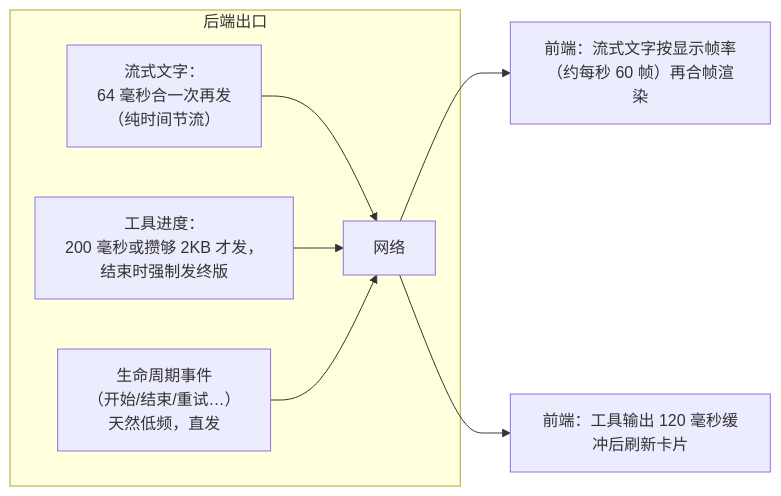
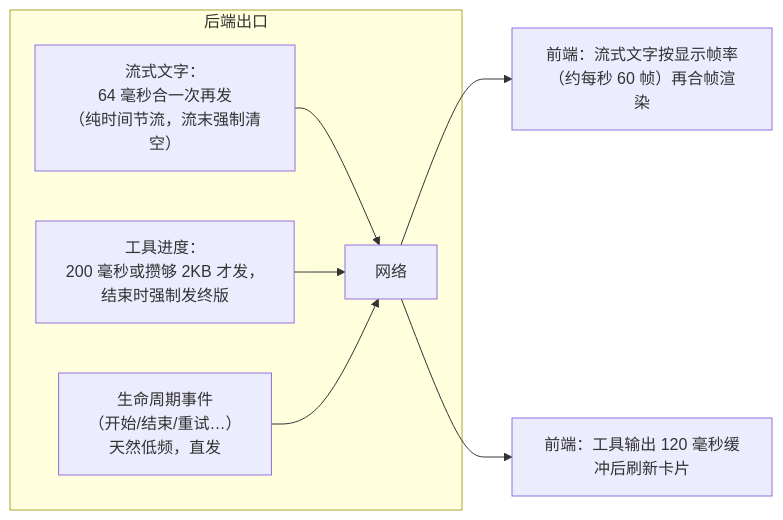
One commit to Bronya0/ally-agent changed diagram 16 of 16 in docs/agent-architecture.md. Above: the diagram before and after it, drawn with Mermaid. The commit also changed other lines of this file, not shown here.

First line of the commit message:
docs: deepen architecture guide with missing chapters and technical detail

````diff
--- a/docs/agent-architecture.md
+++ b/docs/agent-architecture.md
@@ -455,10 +674,10 @@
 ```mermaid
 flowchart LR
     subgraph BACKEND["后端出口"]
-        S1["流式文字：<br/>64 毫秒合一次再发<br/>（纯时间节流）"] --> WIRE
+        S1["流式文字：<br/>64 毫秒合一次再发<br/>（纯时间节流，流末强制清空）"] --> WIRE
         S2["工具进度：<br/>200 毫秒或攒够 2KB 才发，<br/>结束时强制发终版"] --> WIRE["网络"]
         S3["生命周期事件<br/>（开始/结束/重试…）<br/>天然低频，直发"] --> WIRE
     end
     WIRE --> F1["前端：流式文字按显示帧率<br/>（约每秒 60 帧）再合帧渲染"]
     WIRE --> F2["前端：工具输出 120 毫秒缓冲后刷新卡片"]
 ```
````
